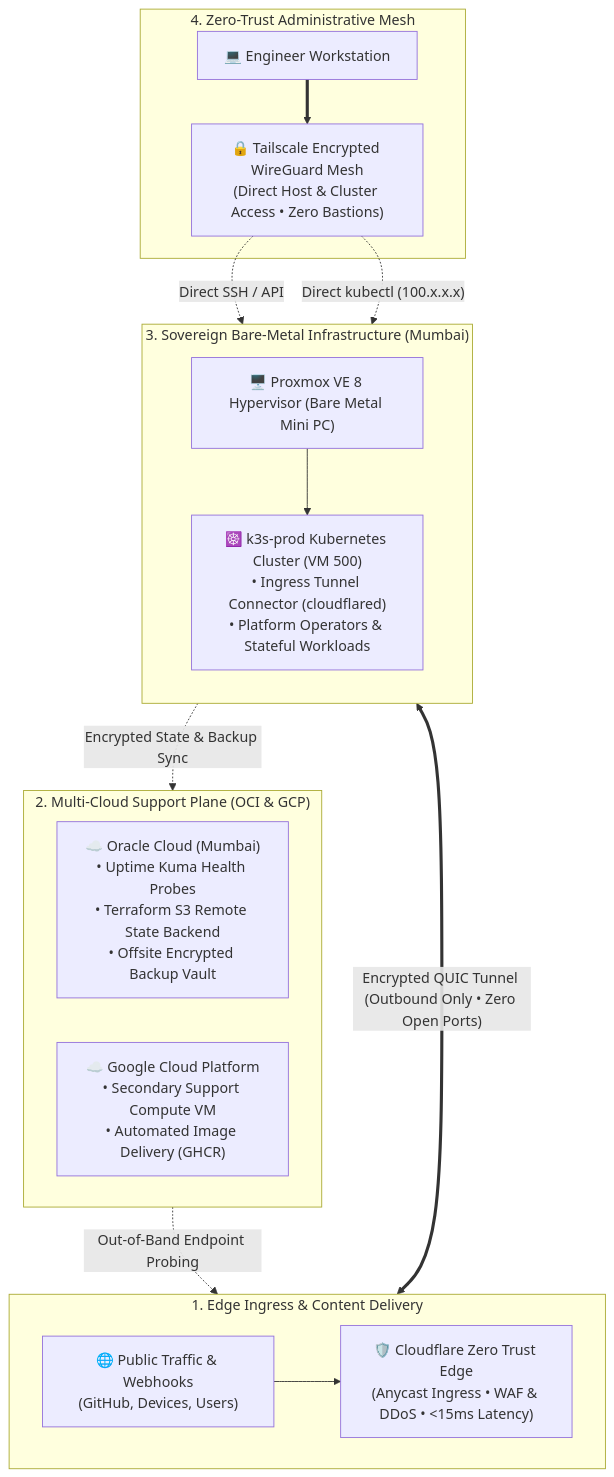
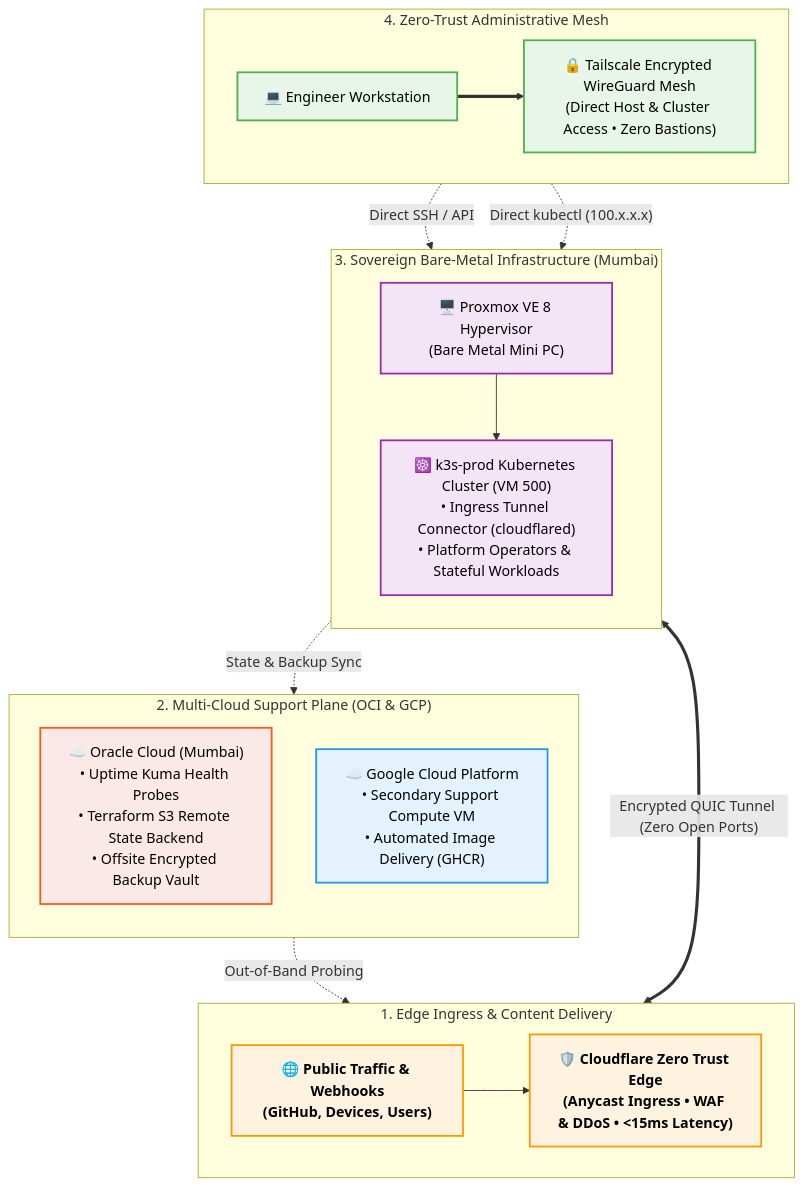
The first of 4 diagrams in README.md (vsingh55/homelab-ops), drawn with Mermaid before and after one commit.

Commit message:
updated comprehensive README

````diff
--- a/README.md
+++ b/README.md
@@ -38,40 +38,65 @@
 ```mermaid
-flowchart TD
+flowchart TB
+    %% ==========================================
+    %% 1. STYLE DEFINTIONS (For GitHub Visuals)
+    %% ==========================================
+    classDef edgeStyle fill:#FFF3E0,stroke:#FF9800,stroke-width:2px,color:#000,font-weight:bold;
+    classDef cloudStyle fill:#ECEFF1,stroke:#607D8B,stroke-width:2px,color:#000;
+    classDef ociStyle fill:#FBE9E7,stroke:#FF5722,stroke-width:2px,color:#000;
+    classDef gcpStyle fill:#E3F2FD,stroke:#2196F3,stroke-width:2px,color:#000;
+    classDef infraStyle fill:#F3E5F5,stroke:#9C27B0,stroke-width:2px,color:#000;
+    classDef adminStyle fill:#E8F5E9,stroke:#4CAF50,stroke-width:2px,color:#000;
+
+    %% ==========================================
+    %% 2. DIAGRAM NODES & SUBGRAPHS
+    %% ==========================================
+    
     subgraph Edge["1. Edge Ingress & Content Delivery"]
         direction LR
-        Users["🌐 Public Traffic & Webhooks\n(GitHub, Devices, Users)"]
-        CF["🛡️ Cloudflare Zero Trust Edge\n(Anycast Ingress • WAF & DDoS • <15ms Latency)"]
+        Users["🌐 Public Traffic & Webhooks<br>(GitHub, Devices, Users)"]
+        CF["🛡️ Cloudflare Zero Trust Edge<br>(Anycast Ingress • WAF & DDoS • &lt;15ms Latency)"]
     end
+    class Users,CF edgeStyle;
 
     subgraph CloudSupport["2. Multi-Cloud Support Plane (OCI & GCP)"]
-        direction LR
-        OCI["☁️ Oracle Cloud (Mumbai)\n• Uptime Kuma Health Probes\n• Terraform S3 Remote State Backend\n• Offsite Encrypted Backup Vault"]
-        GCP["☁️ Google Cloud Platform\n• Secondary Support Compute VM\n• Automated Image Delivery (GHCR)"]
+        direction TB
+        OCI["☁️ Oracle Cloud (Mumbai)<br>• Uptime Kuma Health Probes<br>• Terraform S3 Remote State Backend<br>• Offsite Encrypted Backup Vault"]
+        GCP["☁️ Google Cloud Platform<br>• Secondary Support Compute VM<br>• Automated Image Delivery (GHCR)"]
     end
+    class OCI ociStyle;
+    class GCP gcpStyle;
 
     subgraph OnPrem["3. Sovereign Bare-Metal Infrastructure (Mumbai)"]
         direction TB
-        PVE["🖥️ Proxmox VE 8 Hypervisor (Bare Metal Mini PC)"]
-        K3S["☸️ k3s-prod Kubernetes Cluster (VM 500)\n• Ingress Tunnel Connector (cloudflared)\n• Platform Operators & Stateful Workloads"]
+        PVE["🖥️ Proxmox VE 8 Hypervisor<br>(Bare Metal Mini PC)"]
+        K3S["☸️ k3s-prod Kubernetes Cluster (VM 500)<br>• Ingress Tunnel Connector (cloudflared)<br>• Platform Operators & Stateful Workloads"]
     end
+    class PVE,K3S infraStyle;
 
     subgraph Admin["4. Zero-Trust Administrative Mesh"]
+        direction LR
         Workstation["💻 Engineer Workstation"]
-        Tailscale["🔒 Tailscale Encrypted WireGuard Mesh\n(Direct Host & Cluster Access • Zero Bastions)"]
+        Tailscale["🔒 Tailscale Encrypted WireGuard Mesh<br>(Direct Host & Cluster Access • Zero Bastions)"]
     end
+    class Workstation,Tailscale adminStyle;
 
-    %% Network flows
+    %% ==========================================
+    %% 3. NETWORK FLOWS & ARROWS
+    %% ==========================================
+    
+    %% Main Ingress Traffic
     Users --> CF
-    CF <== "Encrypted QUIC Tunnel (Outbound Only • Zero Open Ports)" ==> K3S
+    CF <== "Encrypted QUIC Tunnel (Zero Open Ports)" ==> K3S
     
-    %% Support & Probes
-    OCI -. "Out-of-Band Endpoint Probing" .-> CF
-    K3S -. "Encrypted State & Backup Sync" .-> OCI
+    %% Support Connections
+    OCI -. "Out-of-Band Probing" .-> CF
+    K3S -. "State & Backup Sync" .-> OCI
     
-    %% Administration
+    %% Administration Mesh Connections
     Workstation ==> Tailscale
     Tailscale -. "Direct SSH / API" .-> PVE
     Tailscale -. "Direct kubectl (100.x.x.x)" .-> K3S
 
+    %% Local Architecture Flow
     PVE --> K3S
 ```
````
